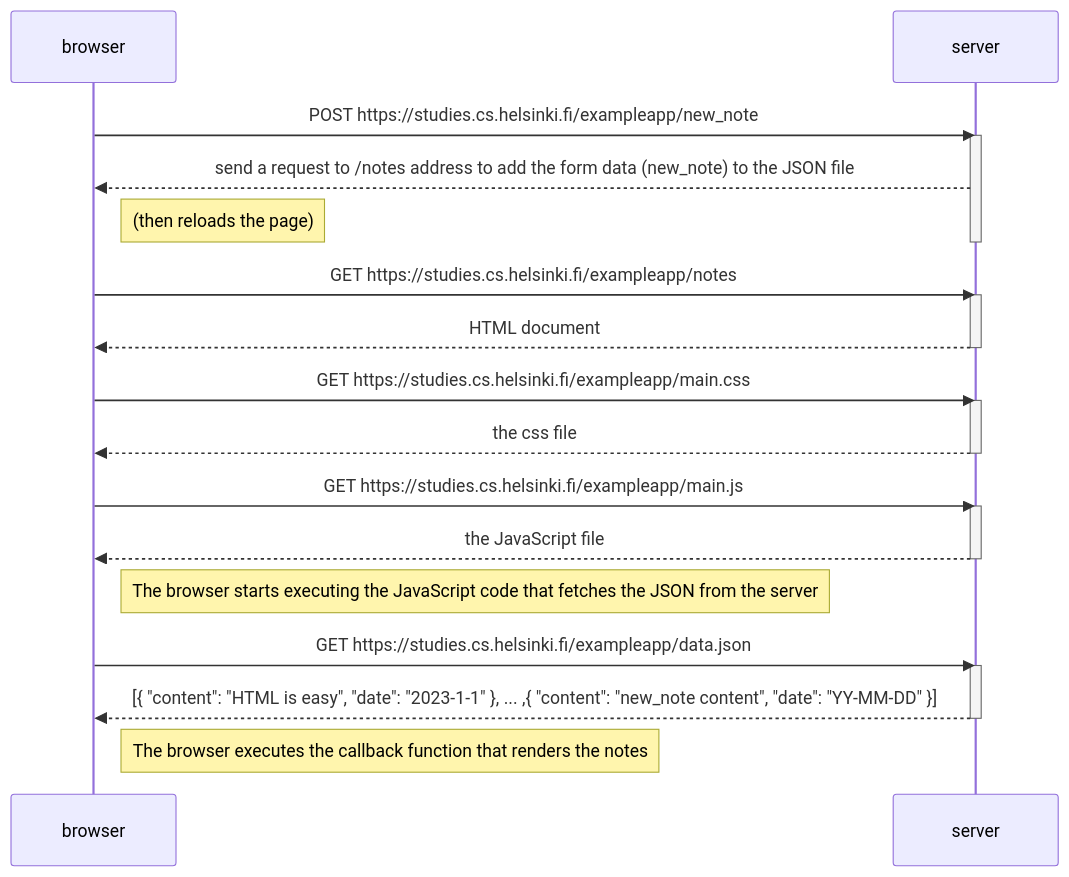
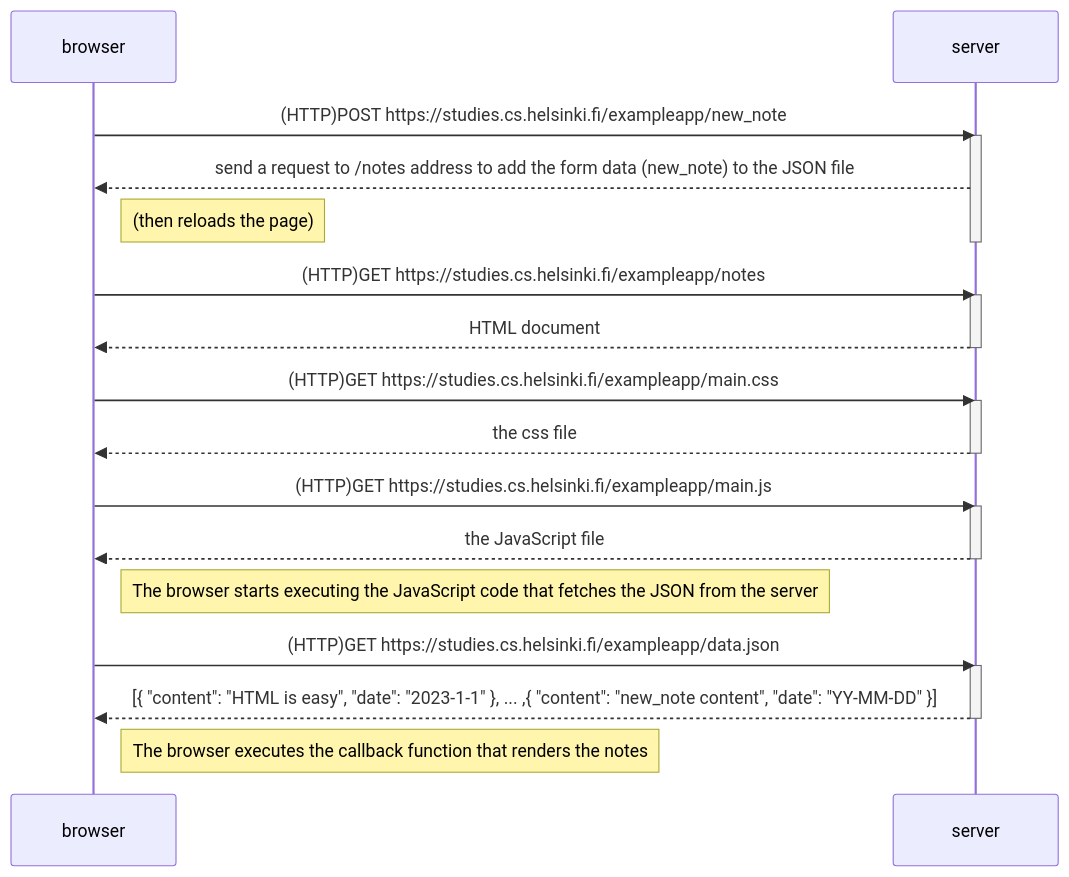
The diagram in part0/0.4-NoteDiagram.md (ViniciusPeixotoDanelluci/Submissions-FullstackOpen), drawn with Mermaid before and after one commit. The commit also changed 1 other file, not shown here.

Commit message:
commit
adjustments to 0.4
finished 0.5

````diff
--- a/part0/0.4-NoteDiagram.md
+++ b/part0/0.4-NoteDiagram.md
@@ -1,36 +1,36 @@
 ```mermaid
 
 sequenceDiagram
     participant browser
     participant server
 
-    browser->>server: POST https://studies.cs.helsinki.fi/exampleapp/new_note
+    browser->>server: (HTTP)POST https://studies.cs.helsinki.fi/exampleapp/new_note
     activate server
     server-->>browser: send a request to /notes address to add the form data (new_note) to the JSON file 
     Note right of browser: (then reloads the page)
     deactivate server
   
-    browser->>server: GET https://studies.cs.helsinki.fi/exampleapp/notes
+    browser->>server: (HTTP)GET https://studies.cs.helsinki.fi/exampleapp/notes
     activate server
     server-->>browser: HTML document
     deactivate server
 
-    browser->>server: GET https://studies.cs.helsinki.fi/exampleapp/main.css
+    browser->>server: (HTTP)GET https://studies.cs.helsinki.fi/exampleapp/main.css
     activate server
     server-->>browser: the css file
     deactivate server
 
-    browser->>server: GET https://studies.cs.helsinki.fi/exampleapp/main.js
+    browser->>server: (HTTP)GET https://studies.cs.helsinki.fi/exampleapp/main.js
     activate server
     server-->>browser: the JavaScript file
     deactivate server
 
     Note right of browser: The browser starts executing the JavaScript code that fetches the JSON from the server
 
-    browser->>server: GET https://studies.cs.helsinki.fi/exampleapp/data.json
+    browser->>server: (HTTP)GET https://studies.cs.helsinki.fi/exampleapp/data.json
     activate server
     server-->>browser: [{ "content": "HTML is easy", "date": "2023-1-1" }, ... ,{ "content": "new_note content", "date": "YY-MM-DD" }]
     deactivate server
 
     Note right of browser: The browser executes the callback function that renders the notes
 ```
````
